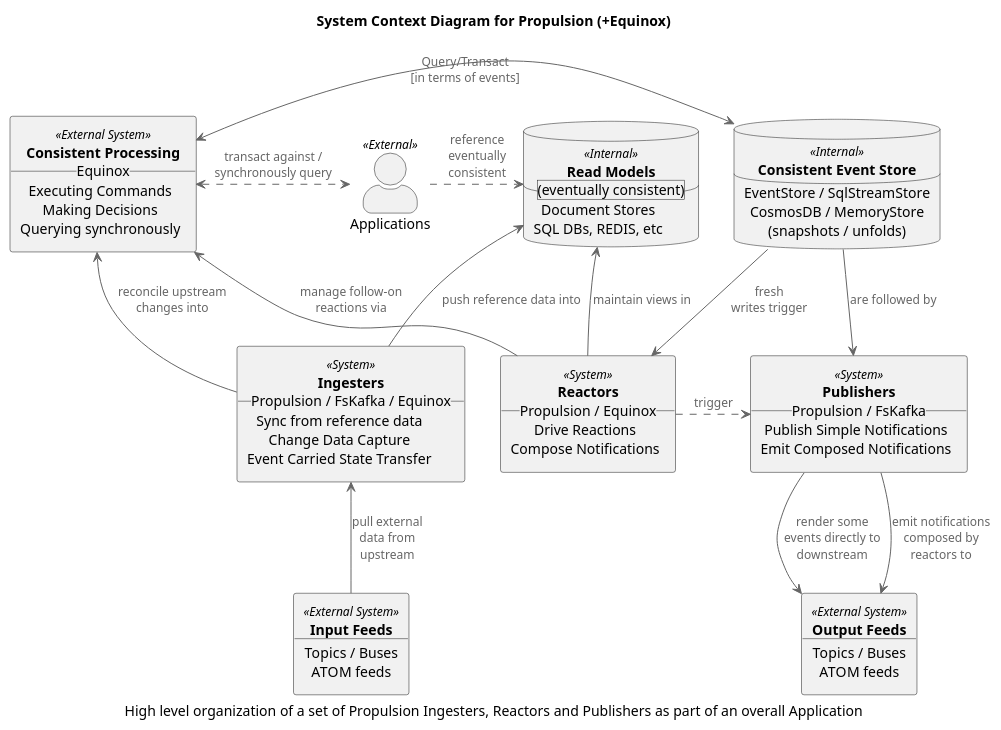
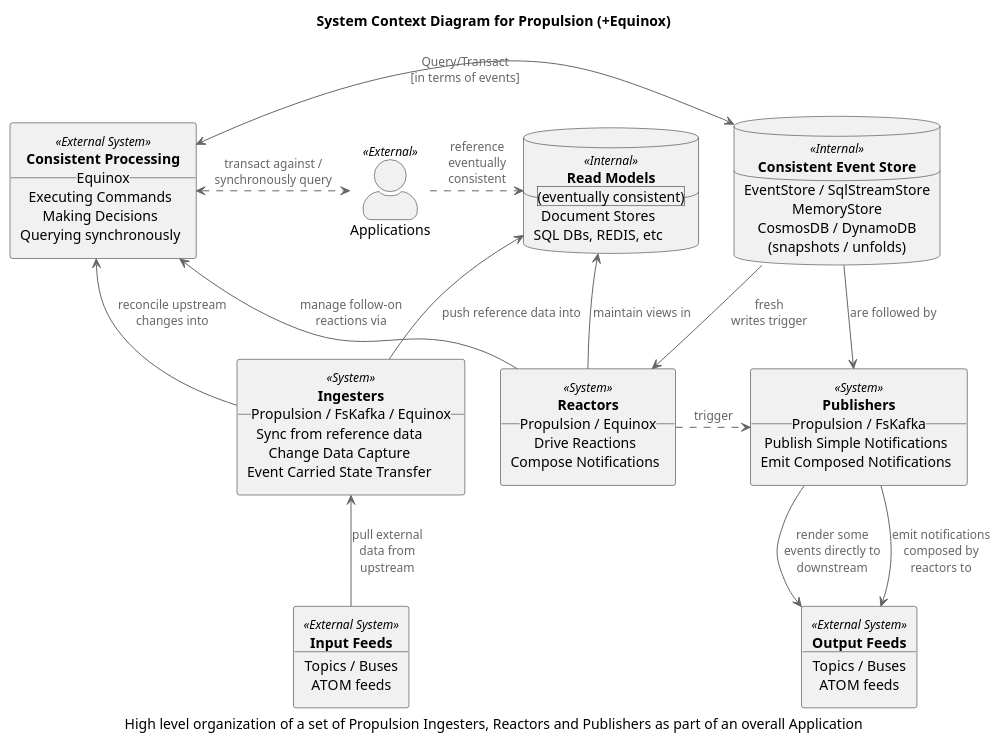
The diagram in diagrams/context.puml (jet/propulsion), drawn with PlantUML before and after one commit. The commit also changed 2 other files, not shown here.

Commit message:
CosmosStore / Kafka + readme docs update (#178)

```diff
--- a/diagrams/context.puml
+++ b/diagrams/context.puml
@@ -1,87 +1,88 @@
 @startuml
 !includeurl https://raw.githubusercontent.com/skleanthous/C4-PlantumlSkin/master/build/output/c4.puml
 
 title System Context Diagram for Propulsion (+Equinox)
 caption High level organization of a set of Propulsion Ingesters, Reactors and Publishers as part of an overall Application
 
 actor "Applications" <<External>> as apps
 
 rectangle services <<External System>> [
     **Consistent Processing**
     __Equinox__
     Executing Commands
     Making Decisions
     Querying synchronously
 ]
 
 database stores <<Internal>> [
     **Consistent Event Store**
     ____
     EventStore / SqlStreamStore
-    CosmosDB / MemoryStore
+    MemoryStore
+    CosmosDB / DynamoDB 
     (snapshots / unfolds)
 ]
 
 database caches <<Internal>> [
     **Read Models**
     __(eventually consistent)__
     Document Stores 
     SQL DBs, REDIS, etc
 ]
 
 together {
     rectangle ingesters <<System>> [
         **Ingesters**
         __Propulsion / FsKafka / Equinox__
         Sync from reference data
         Change Data Capture
         Event Carried State Transfer
     ]
     rectangle reactors <<System>> [
         **Reactors**
         __Propulsion / Equinox__
         Drive Reactions
         Compose Notifications
     ]
     rectangle publishers <<System>> [
         **Publishers**
         __Propulsion / FsKafka__
         Publish Simple Notifications
         Emit Composed Notifications
     ]
 }
 
 rectangle inputs <<External System>> [
     **Input Feeds**
     ____
     Topics / Buses
     ATOM feeds 
 ]
 
 rectangle outputs <<External System>> [
     **Output Feeds**
     ____
     Topics / Buses
     ATOM feeds
 ]
 
 apps          .> caches     : reference\neventually\nconsistent
 apps       <.L.> services   : transact against /\nsynchronously query
 
 services   <-R-> stores     : Query/Transact\n[in terms of events]
 
 stores       --> publishers : are followed by
 stores       --> reactors   : fresh\nwrites trigger
 
 ingesters  <--   inputs     : pull external\ndata from\nupstream
 ingesters    --> services   : reconcile upstream\nchanges into
 ingesters   -U-> caches     : push reference data into
 
 reactors     --> services   : manage follow-on reactions via
 reactors    -U-> caches     : maintain views in
 reactors      .> publishers : trigger
 
 publishers   --> outputs    : emit notifications composed by\nreactors to
 publishers   --> outputs    : render some\nevents directly to downstream
 
 @enduml
```
